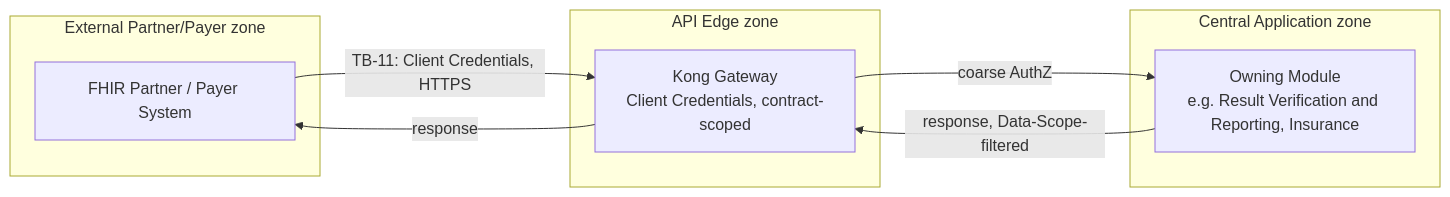
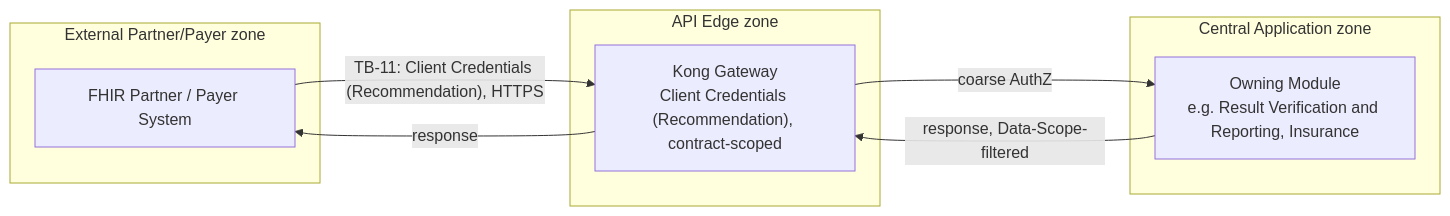
The third of 9 diagrams in docs/sad/07-security-privacy-trust-boundaries.md (Darhous/test-m3ml), drawn with Mermaid before and after one commit. The commit also changed 1 other file, not shown here.

Commit message:
docs(sad): fix diagram status-promotion in accepted Waves 7 and 8
Baseline consistency sweep (pre-Wave-10) found two Mermaid diagram
edges in already-Accepted Waves 7 and 8 labeling "Client Credentials"
without the "(Recommendation)" qualifier every text occurrence
consistently carries, visually implying a more settled status than the
text states. Cosmetic label fix only -- no status, decision, or content
change; text was already correct in both Waves.

````diff
--- a/docs/sad/07-security-privacy-trust-boundaries.md
+++ b/docs/sad/07-security-privacy-trust-boundaries.md
@@ -208,17 +208,17 @@
 ```mermaid
 flowchart LR
     subgraph Z7["External Partner/Payer zone"]
         Partner[FHIR Partner / Payer System]
     end
     subgraph Z2["API Edge zone"]
-        Kong2[Kong Gateway<br/>Client Credentials, contract-scoped]
+        Kong2["Kong Gateway<br/>Client Credentials (Recommendation), contract-scoped"]
     end
     subgraph Z3["Central Application zone"]
         Mod[Owning Module<br/>e.g. Result Verification and Reporting, Insurance]
     end
 
-    Partner -->|TB-11: Client Credentials, HTTPS| Kong2
+    Partner -->|"TB-11: Client Credentials (Recommendation), HTTPS"| Kong2
     Kong2 -->|coarse AuthZ| Mod
     Mod -->|response, Data-Scope-filtered| Kong2
     Kong2 -->|response| Partner
 ```
````
